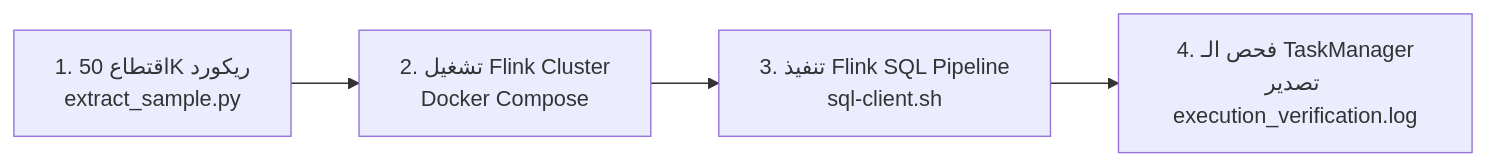
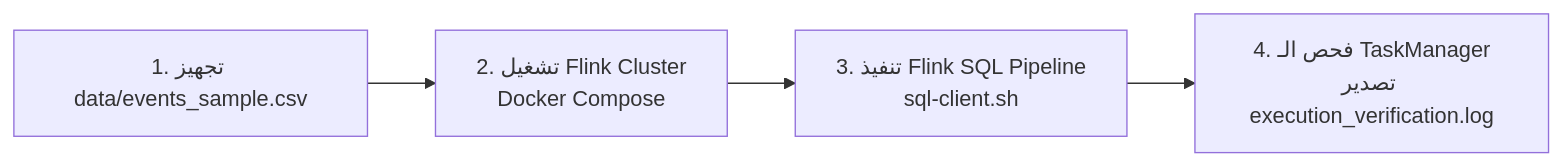
Before and after one commit to SayedELMASRY2/flink-ecommerce-pipeline: the second of 2 diagrams in README.md, drawn with Mermaid. The commit also changed other lines of this file and 3 other files, not shown here.

Commit message:
Remove extract_sample.py and update pipeline automation and documentation

````diff
--- a/README.md
+++ b/README.md
@@ -362,6 +362,6 @@
 ```mermaid
 flowchart LR
-    A[1. اقتطاع 50K ريكورد<br/>extract_sample.py] --> B[2. تشغيل Flink Cluster<br/>Docker Compose]
+    A[1. تجهيز data/events_sample.csv] --> B[2. تشغيل Flink Cluster<br/>Docker Compose]
     B --> C[3. تنفيذ Flink SQL Pipeline<br/>sql-client.sh]
     C --> D[4. فحص الـ TaskManager<br/>تصدير execution_verification.log]
 ```
````
